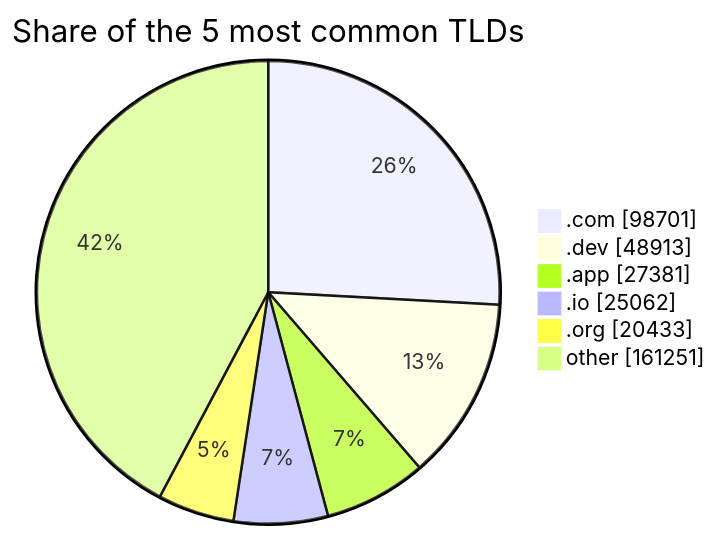
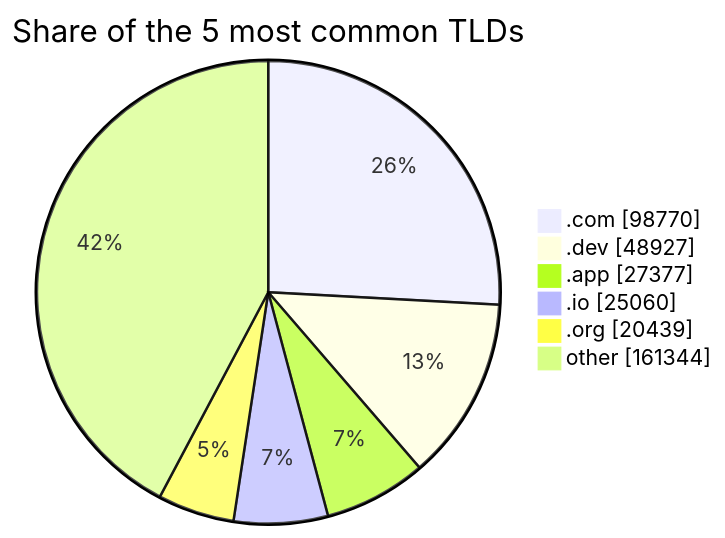
The third of 3 diagrams in README.md (DNSBunker/CTI), drawn with Mermaid before and after one commit. The commit also changed other lines of this file and 3 other files, not shown here.

````diff
--- a/README.md
+++ b/README.md
@@ -81,9 +81,9 @@
 ```mermaid
 pie showData title Share of the 5 most common TLDs
-    ".com" : 98701
-    ".dev" : 48913
-    ".app" : 27381
-    ".io" : 25062
-    ".org" : 20433
-    "other" : 161251
+    ".com" : 98770
+    ".dev" : 48927
+    ".app" : 27377
+    ".io" : 25060
+    ".org" : 20439
+    "other" : 161344
 ```
````
